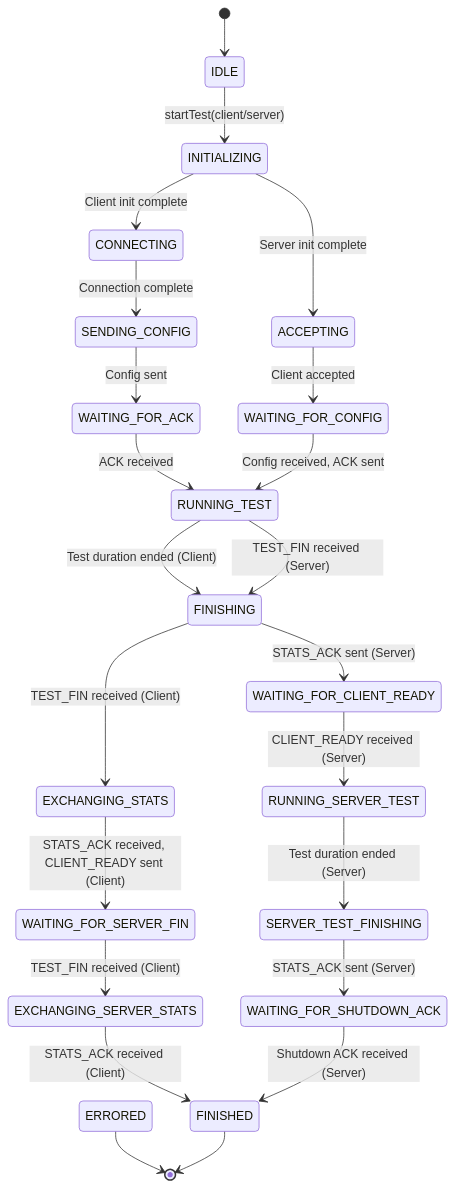
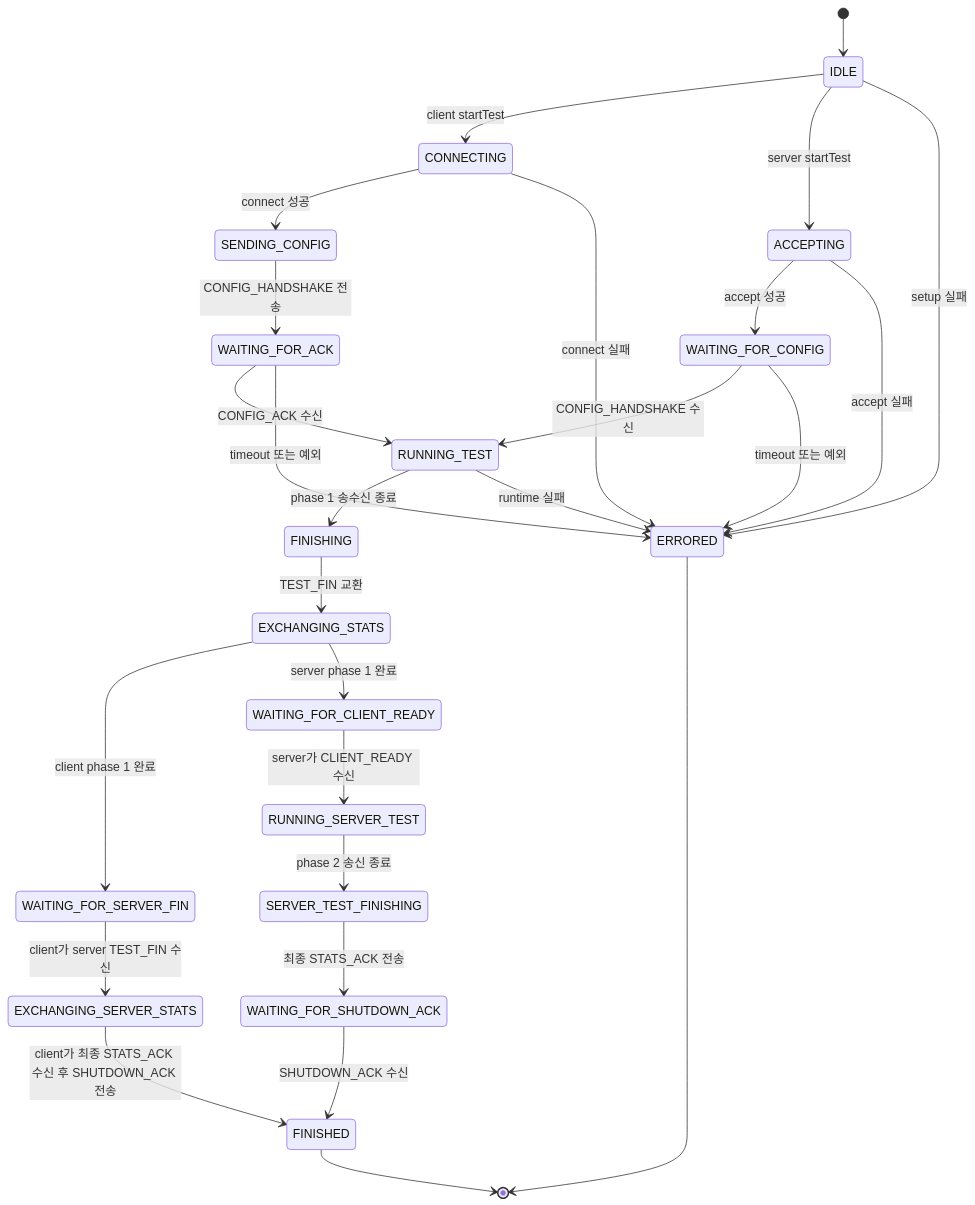
One commit to JunKIM2603a/MyIperf changed the sixth of 6 diagrams in MyIperf/UML/ActivityDiagram.md. Above: the diagram before and after it, drawn with Mermaid. The commit also changed other lines of this file and 186 other files, not shown here.

````diff
--- a/MyIperf/UML/ActivityDiagram.md
+++ b/MyIperf/UML/ActivityDiagram.md
@@ -124,35 +154,36 @@
 ```mermaid
 stateDiagram-v2
     [*] --> IDLE
 
-    IDLE --> INITIALIZING: startTest(client/server)
-    INITIALIZING --> CONNECTING: Client init complete
-    INITIALIZING --> ACCEPTING: Server init complete
+    IDLE --> CONNECTING: client startTest
+    CONNECTING --> SENDING_CONFIG: connect 성공
+    SENDING_CONFIG --> WAITING_FOR_ACK: CONFIG_HANDSHAKE 전송
+    WAITING_FOR_ACK --> RUNNING_TEST: CONFIG_ACK 수신
 
-    CONNECTING --> SENDING_CONFIG: Connection complete
-    SENDING_CONFIG --> WAITING_FOR_ACK: Config sent
-    WAITING_FOR_ACK --> RUNNING_TEST: ACK received
+    IDLE --> ACCEPTING: server startTest
+    ACCEPTING --> WAITING_FOR_CONFIG: accept 성공
+    WAITING_FOR_CONFIG --> RUNNING_TEST: CONFIG_HANDSHAKE 수신
 
-    ACCEPTING --> WAITING_FOR_CONFIG: Client accepted
-    WAITING_FOR_CONFIG --> RUNNING_TEST: Config received, ACK sent
+    RUNNING_TEST --> FINISHING: phase 1 송수신 종료
+    FINISHING --> EXCHANGING_STATS: TEST_FIN 교환
+    EXCHANGING_STATS --> WAITING_FOR_SERVER_FIN: client phase 1 완료
+    EXCHANGING_STATS --> WAITING_FOR_CLIENT_READY: server phase 1 완료
 
-    RUNNING_TEST --> FINISHING: Test duration ended (Client)
-    RUNNING_TEST --> FINISHING: TEST_FIN received (Server)
+    WAITING_FOR_SERVER_FIN --> EXCHANGING_SERVER_STATS: client가 server TEST_FIN 수신
+    EXCHANGING_SERVER_STATS --> FINISHED: client가 최종 STATS_ACK 수신 후 SHUTDOWN_ACK 전송
 
-    FINISHING --> EXCHANGING_STATS: TEST_FIN received (Client)
-    FINISHING --> WAITING_FOR_CLIENT_READY: STATS_ACK sent (Server)
+    WAITING_FOR_CLIENT_READY --> RUNNING_SERVER_TEST: server가 CLIENT_READY 수신
+    RUNNING_SERVER_TEST --> SERVER_TEST_FINISHING: phase 2 송신 종료
+    SERVER_TEST_FINISHING --> WAITING_FOR_SHUTDOWN_ACK: 최종 STATS_ACK 전송
+    WAITING_FOR_SHUTDOWN_ACK --> FINISHED: SHUTDOWN_ACK 수신
 
-    EXCHANGING_STATS --> WAITING_FOR_SERVER_FIN: STATS_ACK received, CLIENT_READY sent (Client)
+    IDLE --> ERRORED: setup 실패
+    CONNECTING --> ERRORED: connect 실패
+    ACCEPTING --> ERRORED: accept 실패
+    RUNNING_TEST --> ERRORED: runtime 실패
+    WAITING_FOR_ACK --> ERRORED: timeout 또는 예외
+    WAITING_FOR_CONFIG --> ERRORED: timeout 또는 예외
 
-    WAITING_FOR_CLIENT_READY --> RUNNING_SERVER_TEST: CLIENT_READY received (Server)
-    RUNNING_SERVER_TEST --> SERVER_TEST_FINISHING: Test duration ended (Server)
-    
-    WAITING_FOR_SERVER_FIN --> EXCHANGING_SERVER_STATS: TEST_FIN received (Client)
-    SERVER_TEST_FINISHING --> WAITING_FOR_SHUTDOWN_ACK: STATS_ACK sent (Server)
-
-    EXCHANGING_SERVER_STATS --> FINISHED: STATS_ACK received (Client)
-    WAITING_FOR_SHUTDOWN_ACK --> FINISHED: Shutdown ACK received (Server)
-
+    FINISHED --> [*]
     ERRORED --> [*]
-    FINISHED --> [*]
 ```
````
